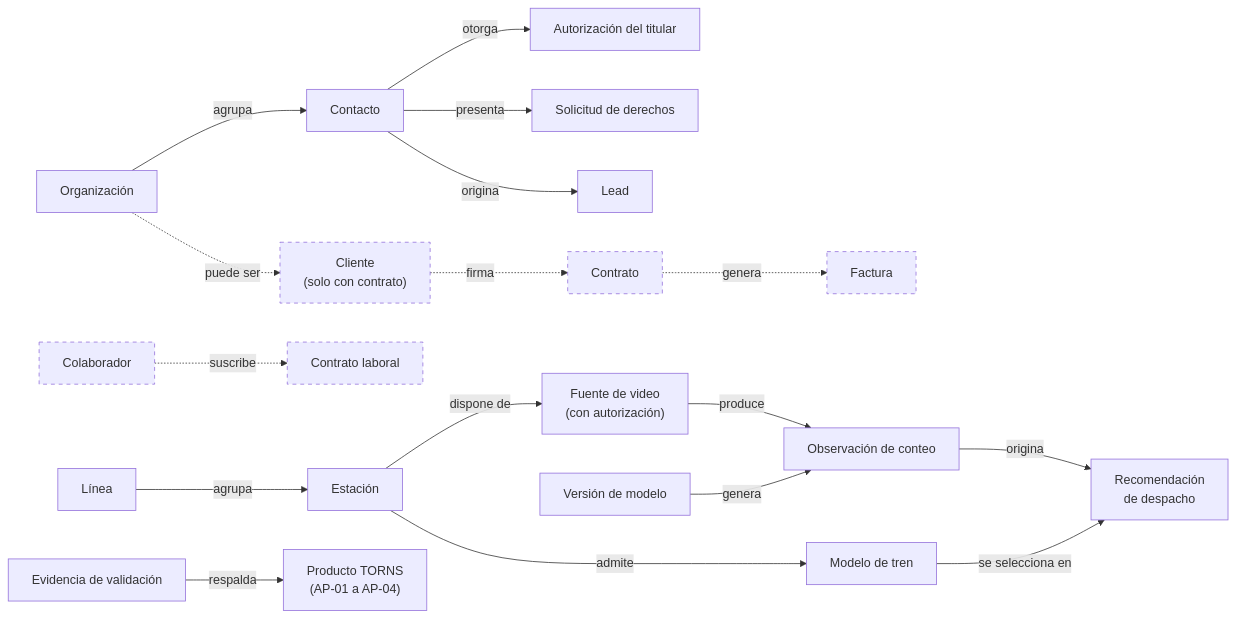
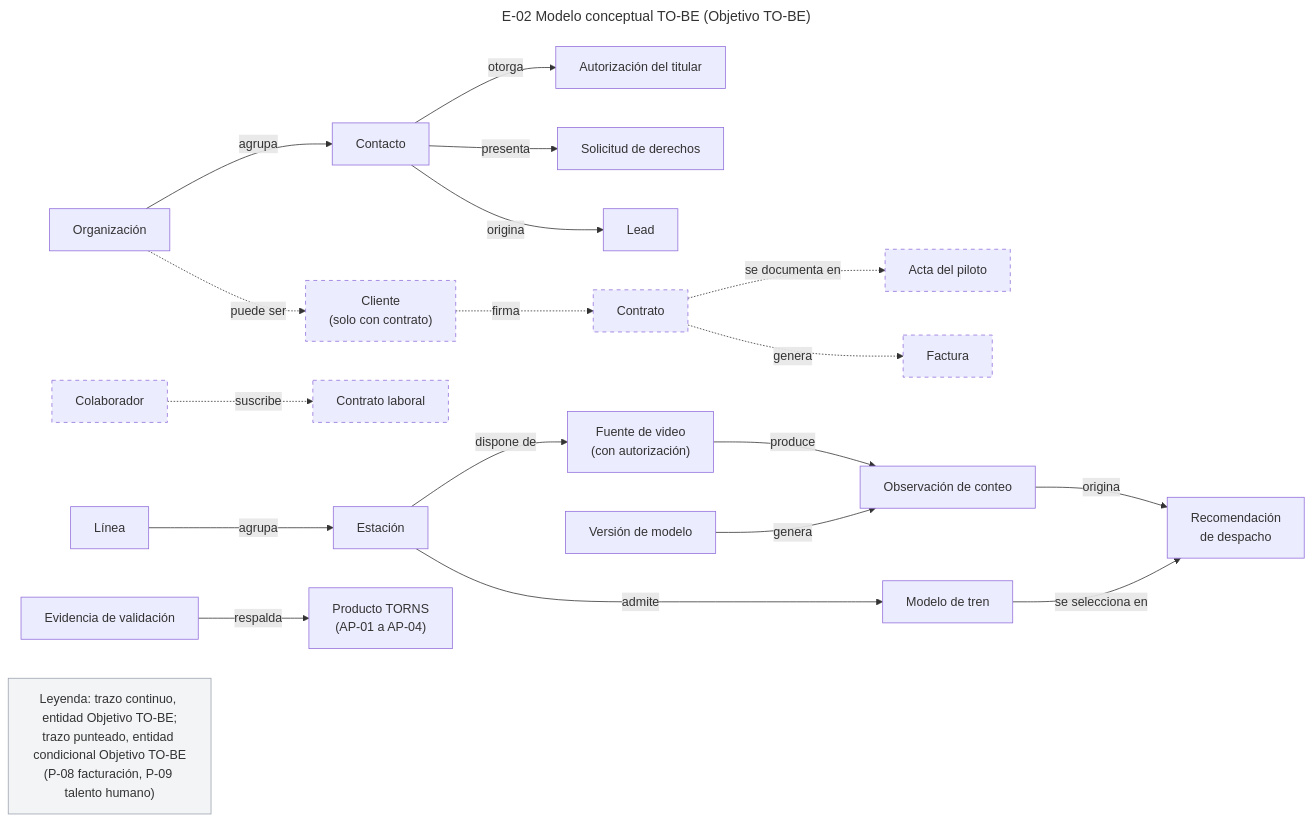
One commit to 5arSanti/tro-launcher changed the diagram in docs/ae-final-project/ondas/M2-datos/diagramas/E-02-conceptual-to-be.mmd. Above: the diagram before and after it, drawn with Mermaid. The commit also changed 1 other file, not shown here.

Commit message:
M2: R-1 y R-2 (acta del piloto, título y leyenda en E-02) (#11)

```diff
--- a/docs/ae-final-project/ondas/M2-datos/diagramas/E-02-conceptual-to-be.mmd
+++ b/docs/ae-final-project/ondas/M2-datos/diagramas/E-02-conceptual-to-be.mmd
@@ -1,41 +1,49 @@
+---
+title: "E-02 Modelo conceptual TO-BE (Objetivo TO-BE)"
+---
 flowchart LR
     Organizacion["Organización"]
     Contacto["Contacto"]
     Autorizacion["Autorización del titular"]
     Solicitud["Solicitud de derechos"]
     Lead["Lead"]
     Cliente["Cliente<br/>(solo con contrato)"]
     Contrato["Contrato"]
+    Acta["Acta del piloto"]
     Factura["Factura"]
     Colaborador["Colaborador"]
     ContratoLab["Contrato laboral"]
     Linea["Línea"]
     Estacion["Estación"]
     Fuente["Fuente de video<br/>(con autorización)"]
     Observacion["Observación de conteo"]
     Version["Versión de modelo"]
     ModeloTren["Modelo de tren"]
     Recom["Recomendación<br/>de despacho"]
     Evidencia["Evidencia de validación"]
     Producto["Producto TORNS<br/>(AP-01 a AP-04)"]
     Organizacion -->|"agrupa"| Contacto
     Contacto -->|"otorga"| Autorizacion
     Contacto -->|"presenta"| Solicitud
     Contacto -->|"origina"| Lead
     Organizacion -.->|"puede ser"| Cliente
     Cliente -.->|"firma"| Contrato
     Contrato -.->|"genera"| Factura
+    Contrato -.->|"se documenta en"| Acta
     Colaborador -.->|"suscribe"| ContratoLab
     Linea -->|"agrupa"| Estacion
     Estacion -->|"dispone de"| Fuente
     Fuente -->|"produce"| Observacion
     Version -->|"genera"| Observacion
     Observacion -->|"origina"| Recom
     ModeloTren -->|"se selecciona en"| Recom
     Estacion -->|"admite"| ModeloTren
     Evidencia -->|"respalda"| Producto
     style Cliente stroke-dasharray: 5 5
     style Contrato stroke-dasharray: 5 5
     style Factura stroke-dasharray: 5 5
     style Colaborador stroke-dasharray: 5 5
     style ContratoLab stroke-dasharray: 5 5
+    Leyenda["Leyenda: trazo continuo, entidad Objetivo TO-BE;<br/>trazo punteado, entidad condicional Objetivo TO-BE<br/>(P-08 facturación, P-09 talento humano)"]
+    style Acta stroke-dasharray: 5 5
+    style Leyenda fill:#f3f4f6,stroke:#9ca3af
```
